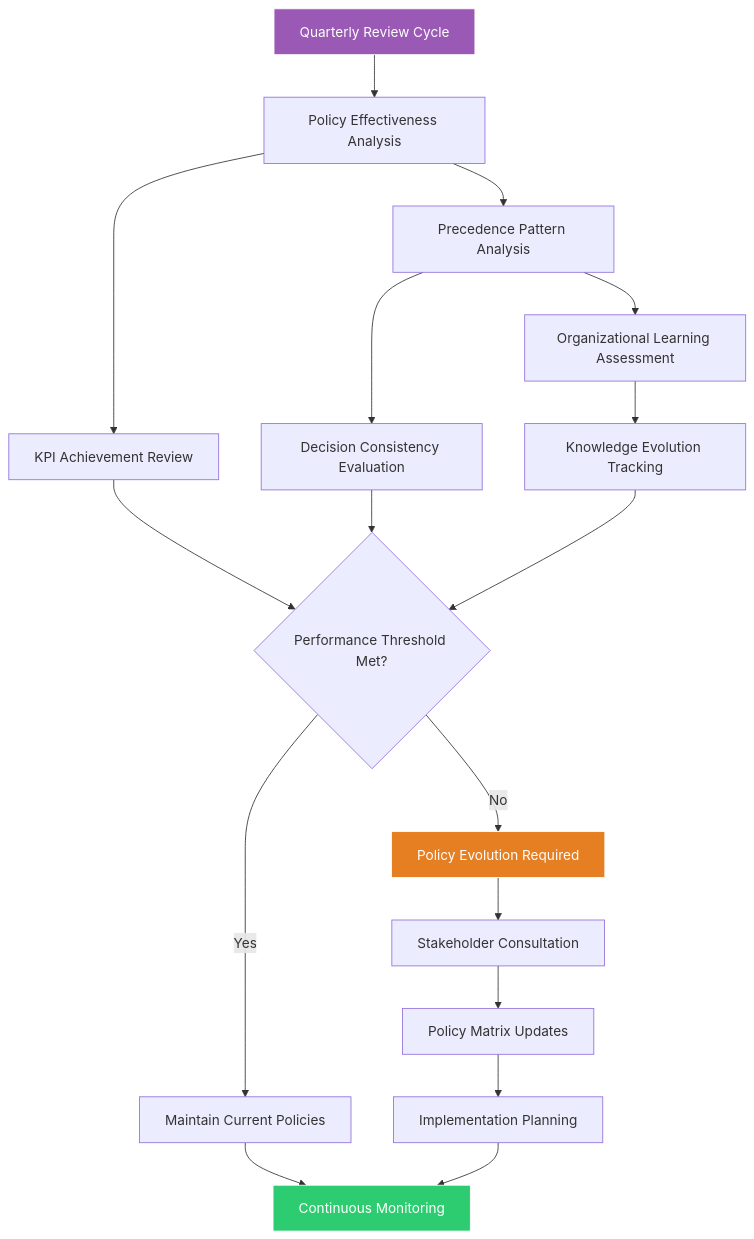
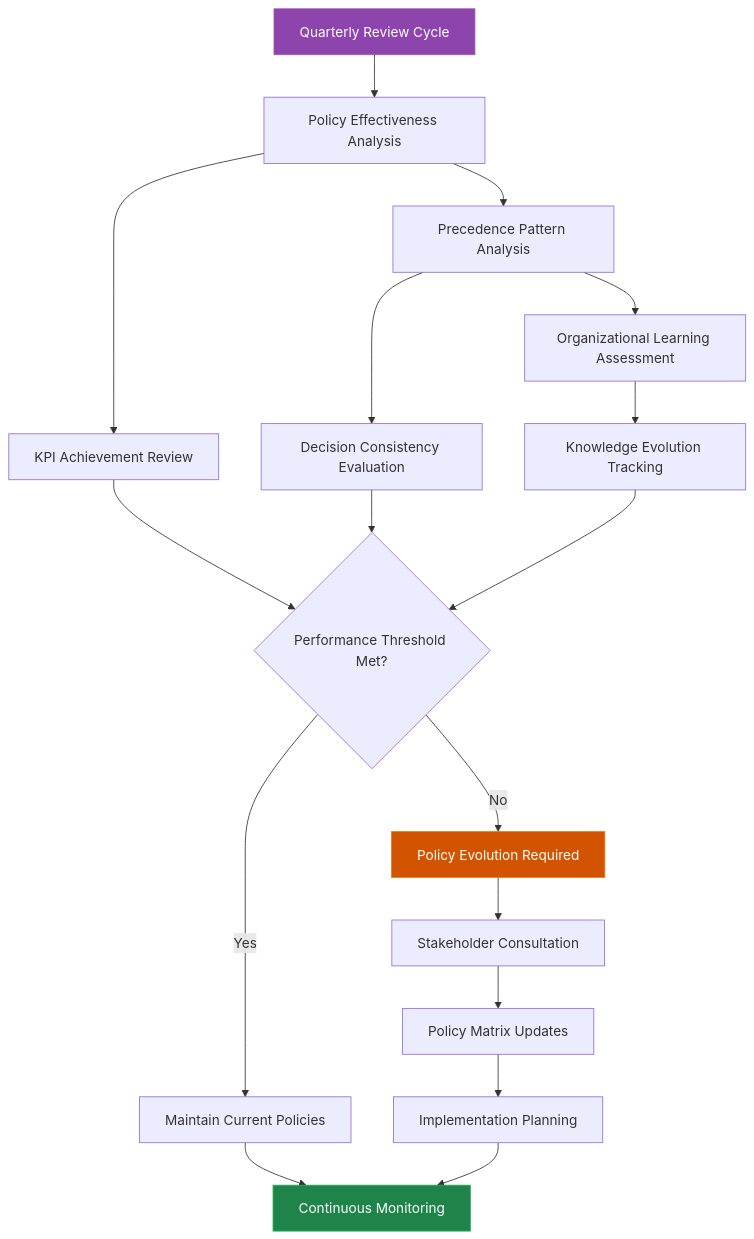
The fourth of 4 diagrams in content/en/docs/manual/moc-governance.md (casheiro/matrix-protocol), drawn with Mermaid before and after one commit. The commit also changed other lines of this file and 36 other files, not shown here.

````diff
--- a/content/en/docs/manual/moc-governance.md
+++ b/content/en/docs/manual/moc-governance.md
@@ -422,28 +424,29 @@
 ```mermaid
 graph TD
     A[Quarterly Review Cycle] --> B[Policy Effectiveness Analysis]
     B --> C[Precedence Pattern Analysis]
     C --> D[Organizational Learning Assessment]
     
     B --> E[KPI Achievement Review]
     C --> F[Decision Consistency Evaluation]
     D --> G[Knowledge Evolution Tracking]
     
     E --> H{Performance Threshold Met?}
     F --> H
     G --> H
     
     H -->|Yes| I[Maintain Current Policies]
     H -->|No| J[Policy Evolution Required]
     
     J --> K[Stakeholder Consultation]
     K --> L[Policy Matrix Updates]
     L --> M[Implementation Planning]
     
     I --> N[Continuous Monitoring]
     M --> N
     
-    style A fill:#9B59B6,stroke:#fff,color:#fff
-    style J fill:#E67E22,stroke:#fff,color:#fff
-    style N fill:#2ECC71,stroke:#fff,color:#fff
+    %% Continuous improvement - Temporal progression
+    style A fill:#8E44AD,stroke:#9B59B6,color:#fff
+    style J fill:#D35400,stroke:#E67E22,color:#fff
+    style N fill:#1E8449,stroke:#27AE60,color:#fff
 ```
````
